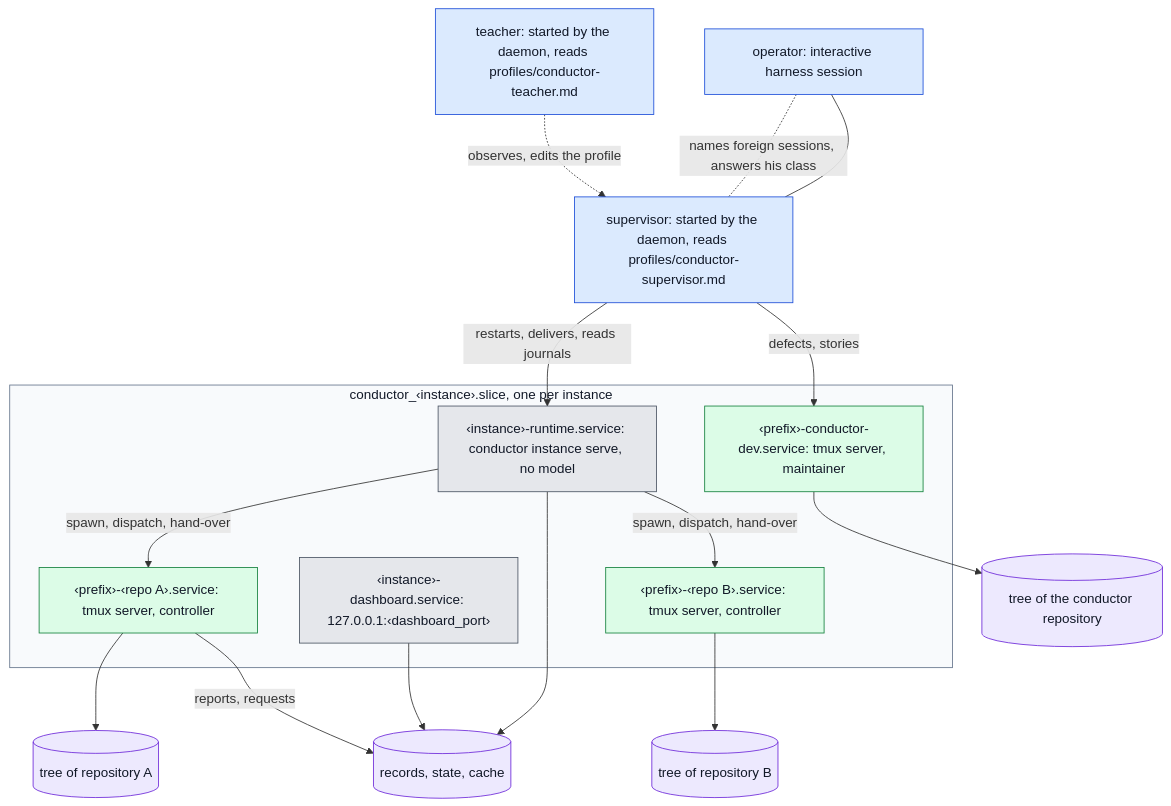
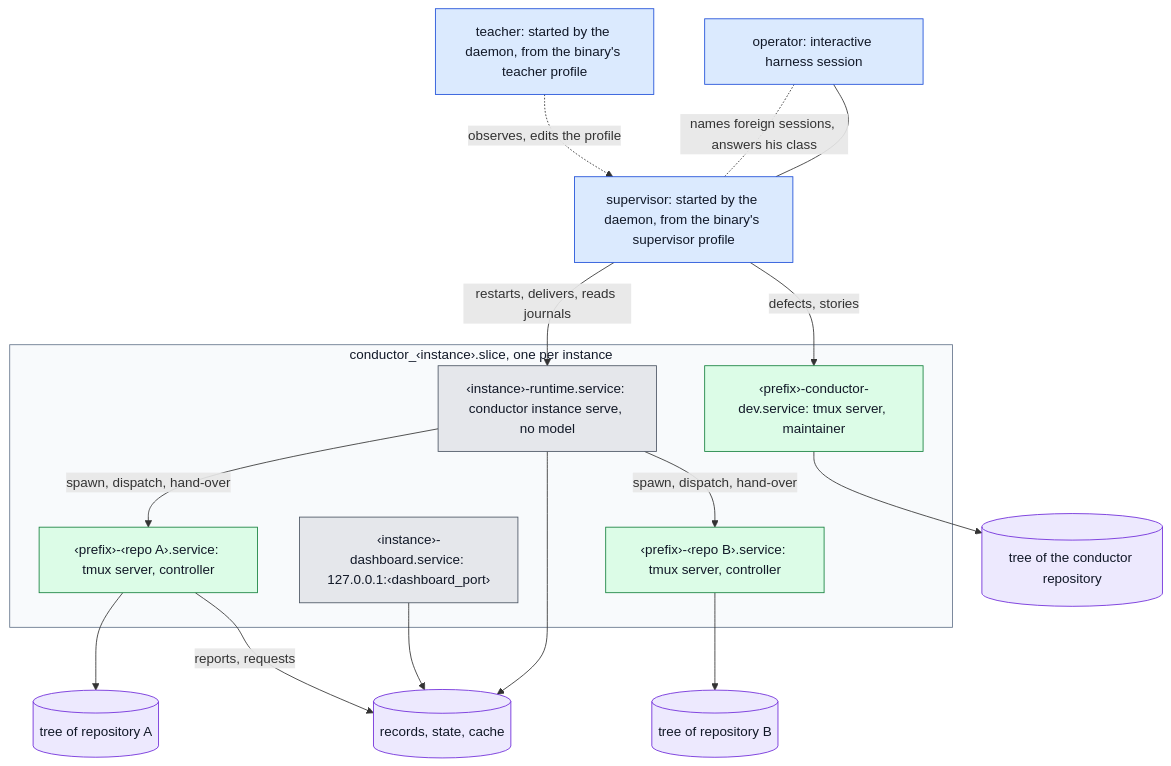
The first of 12 diagrams in website/docs/concepts/architecture.md (beyond10x/conductor), drawn with Mermaid before and after one commit. The commit also changed other lines of this file and 113 other files, not shown here.

````diff
--- a/website/docs/concepts/architecture.md
+++ b/website/docs/concepts/architecture.md
@@ -17,31 +17,31 @@
 ```mermaid
 flowchart TB
   classDef host fill:#dbeafe,stroke:#1d4ed8,color:#111827
   classDef model fill:#dcfce7,stroke:#15803d,color:#111827
   classDef nomodel fill:#e5e7eb,stroke:#4b5563,color:#111827
   classDef store fill:#ede9fe,stroke:#6d28d9,color:#111827
   op["operator: interactive harness session"]:::host
-  sup["supervisor: started by the daemon, reads profiles/conductor-supervisor.md"]:::host
-  tea["teacher: started by the daemon, reads profiles/conductor-teacher.md"]:::host
+  sup["supervisor: started by the daemon, from the binary's supervisor profile"]:::host
+  tea["teacher: started by the daemon, from the binary's teacher profile"]:::host
   op --- sup
   op -.-|names foreign sessions, answers his class| sup
   tea -.->|observes, edits the profile| sup
   subgraph slice["conductor_‹instance›.slice, one per instance"]
     run["‹instance›-runtime.service: conductor instance serve, no model"]:::nomodel
     dash["‹instance›-dashboard.service: 127.0.0.1:‹dashboard_port›"]:::nomodel
     s1["‹prefix›-‹repo A›.service: tmux server, controller"]:::model
     s2["‹prefix›-‹repo B›.service: tmux server, controller"]:::model
     dev["‹prefix›-conductor-dev.service: tmux server, maintainer"]:::model
   end
   style slice fill:#f8fafc,stroke:#64748b,color:#111827
   sup -->|restarts, delivers, reads journals| run
   sup -->|defects, stories| dev
   run -->|spawn, dispatch, hand-over| s1
   run -->|spawn, dispatch, hand-over| s2
   s1 --> t1[("tree of repository A")]:::store
   s2 --> t2[("tree of repository B")]:::store
   dev --> t3[("tree of the conductor repository")]:::store
   run --> store[("records, state, cache")]:::store
   dash --> store
   s1 -->|reports, requests| store
 ```
````
